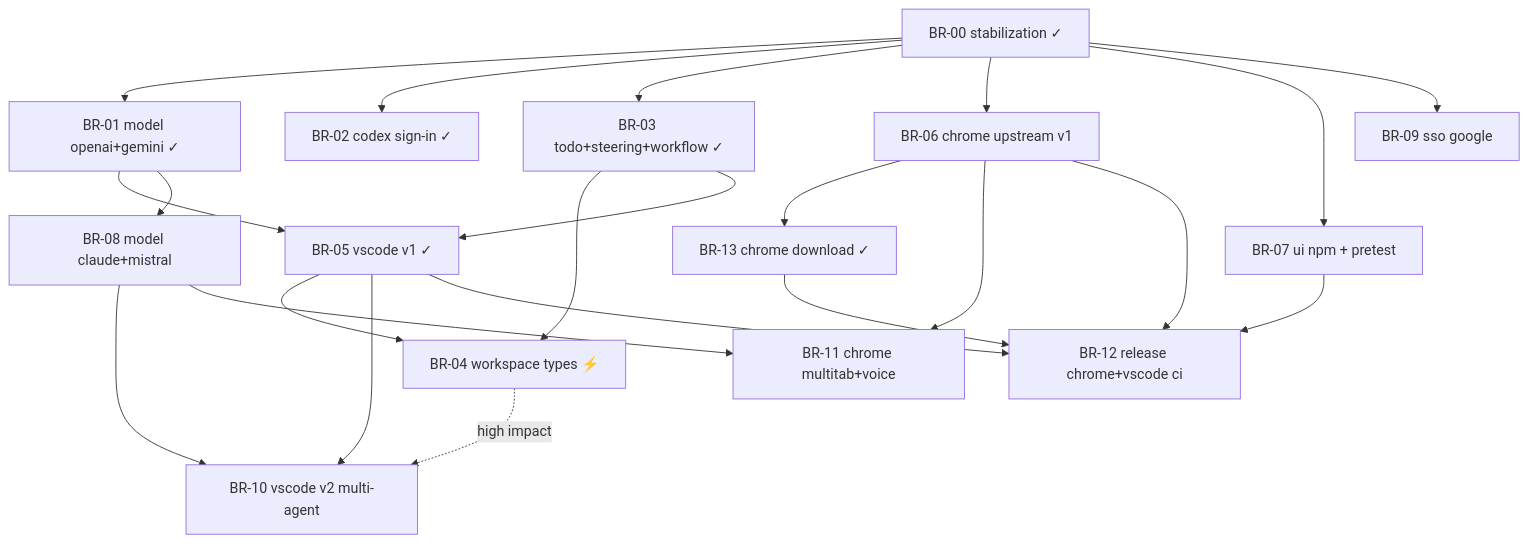
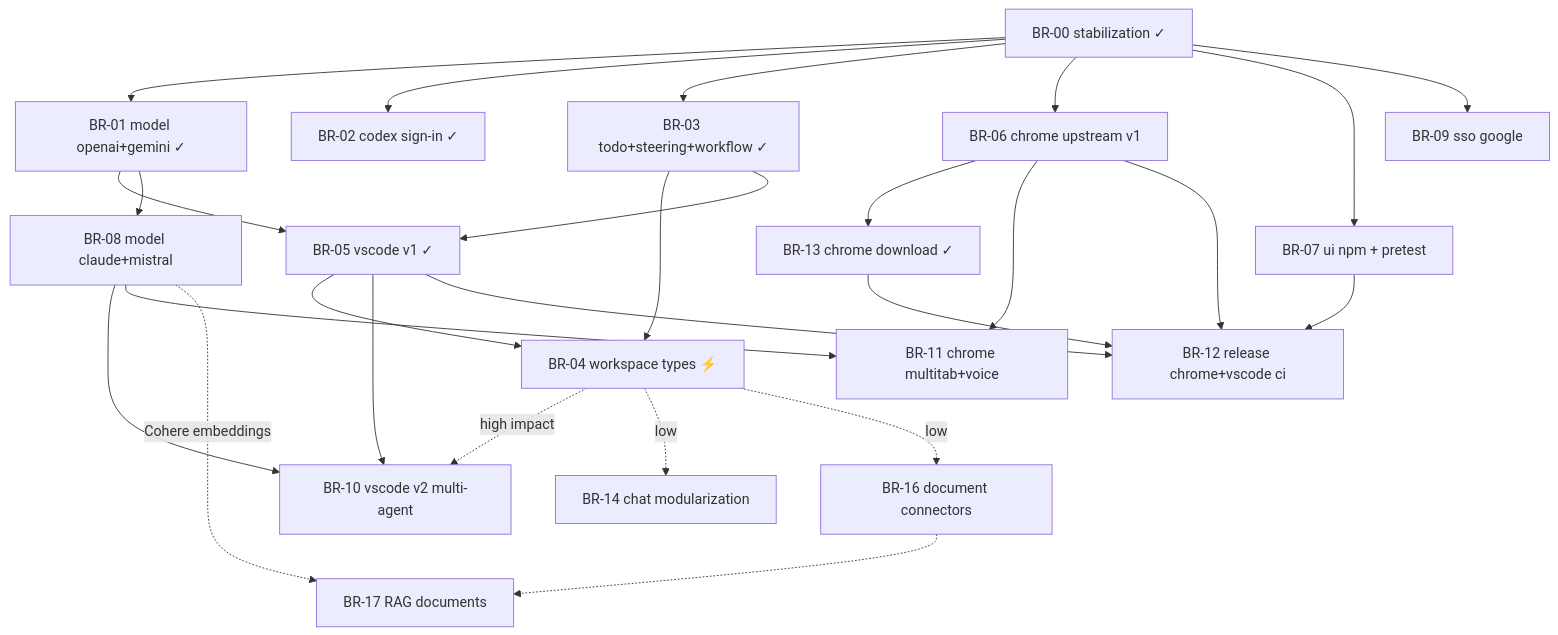
Before and after one commit to rhanka/sentropic: the diagram in PLAN.md, drawn with Mermaid. The commit also changed other lines of this file and 2 other files, not shown here.

First line of the commit message:
docs(roadmap): add BR-14/16/17, extend BR-08 scope, update dependency graph

````diff
--- a/PLAN.md
+++ b/PLAN.md
@@ -54,40 +61,47 @@
 ```mermaid
 graph TD
   BR00[BR-00 stabilization ✓]
   BR01[BR-01 model openai+gemini ✓]
   BR02[BR-02 codex sign-in ✓]
   BR03[BR-03 todo+steering+workflow ✓]
   BR04[BR-04 workspace types ⚡]
   BR05[BR-05 vscode v1 ✓]
   BR06[BR-06 chrome upstream v1]
   BR07[BR-07 ui npm + pretest]
   BR08[BR-08 model claude+mistral]
   BR09[BR-09 sso google]
   BR10[BR-10 vscode v2 multi-agent]
   BR11[BR-11 chrome multitab+voice]
   BR12[BR-12 release chrome+vscode ci]
   BR13[BR-13 chrome download ✓]
+  BR14[BR-14 chat modularization]
+  BR16[BR-16 document connectors]
+  BR17[BR-17 RAG documents]
 
   BR00 --> BR01
   BR00 --> BR02
   BR00 --> BR03
   BR03 --> BR04
   BR05 --> BR04
   BR01 --> BR05
   BR03 --> BR05
   BR00 --> BR06
   BR00 --> BR07
   BR06 --> BR13
 
   BR01 --> BR08
   BR00 --> BR09
   BR05 --> BR10
   BR08 --> BR10
   BR04 -.->|high impact| BR10
   BR06 --> BR11
   BR08 --> BR11
   BR05 --> BR12
   BR06 --> BR12
   BR07 --> BR12
   BR13 --> BR12
+  BR04 -.->|low| BR14
+  BR04 -.->|low| BR16
+  BR16 -.-> BR17
+  BR08 -.->|Cohere embeddings| BR17
 ```
````
